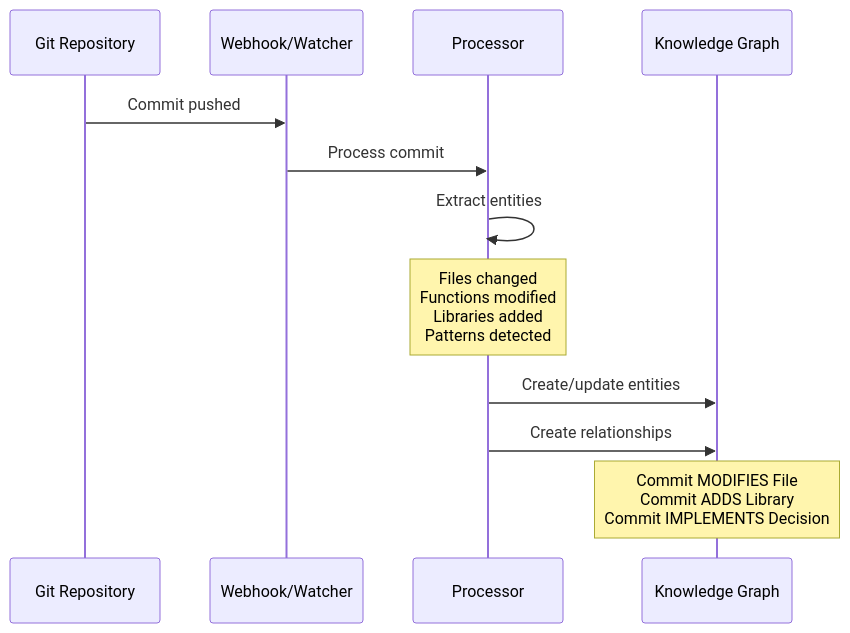
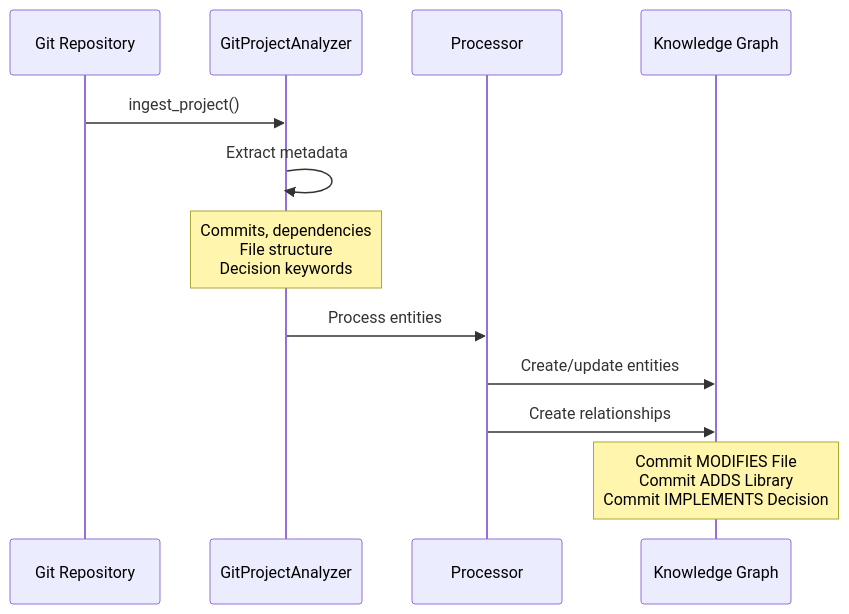
One commit to zad0xlik/sigma-evolve changed diagram 13 of 20 in memory-bank/systemPatterns.md. Above: the diagram before and after it, drawn with Mermaid. The commit also changed other lines of this file and 41 other files, not shown here.

````diff
--- a/memory-bank/systemPatterns.md
+++ b/memory-bank/systemPatterns.md
@@ -647,15 +1004,15 @@
 ```mermaid
 sequenceDiagram
     participant Git as Git Repository
-    participant Hook as Webhook/Watcher
+    participant Analyzer as GitProjectAnalyzer
     participant Proc as Processor
     participant KG as Knowledge Graph
     
-    Git->>Hook: Commit pushed
-    Hook->>Proc: Process commit
-    Proc->>Proc: Extract entities
-    Note over Proc: Files changed<br/>Functions modified<br/>Libraries added<br/>Patterns detected
+    Git->>Analyzer: ingest_project()
+    Analyzer->>Analyzer: Extract metadata
+    Note over Analyzer: Commits, dependencies<br/>File structure<br/>Decision keywords
+    Analyzer->>Proc: Process entities
     Proc->>KG: Create/update entities
     Proc->>KG: Create relationships
     Note over KG: Commit MODIFIES File<br/>Commit ADDS Library<br/>Commit IMPLEMENTS Decision
 ```
````
